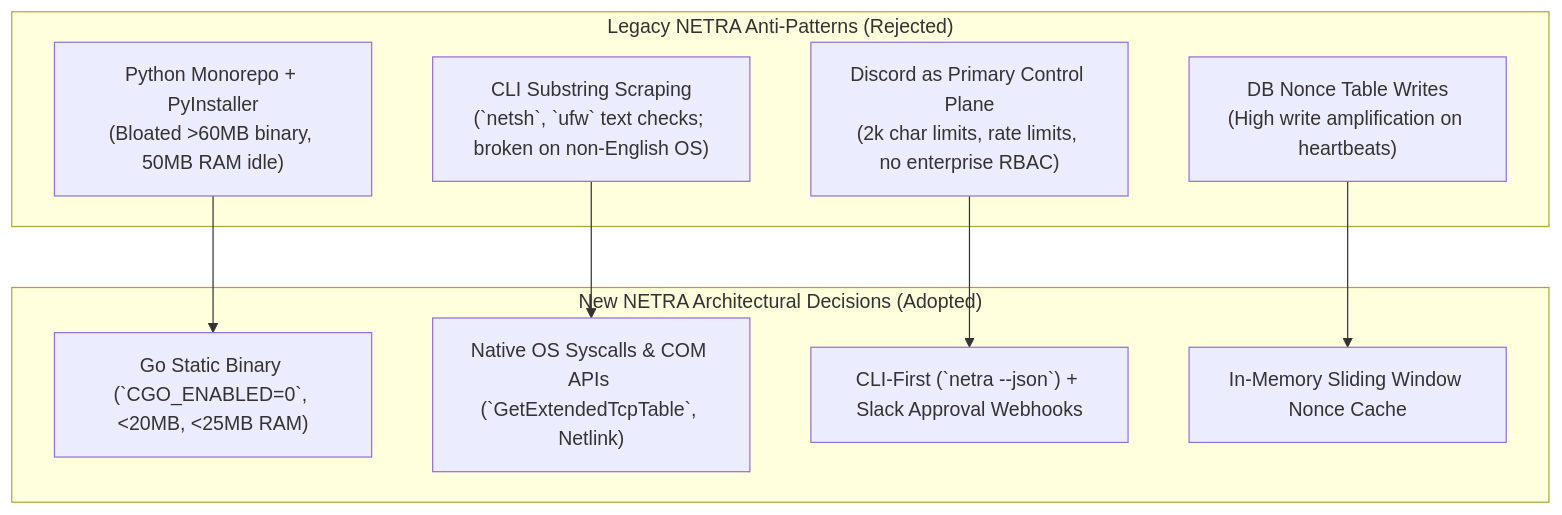
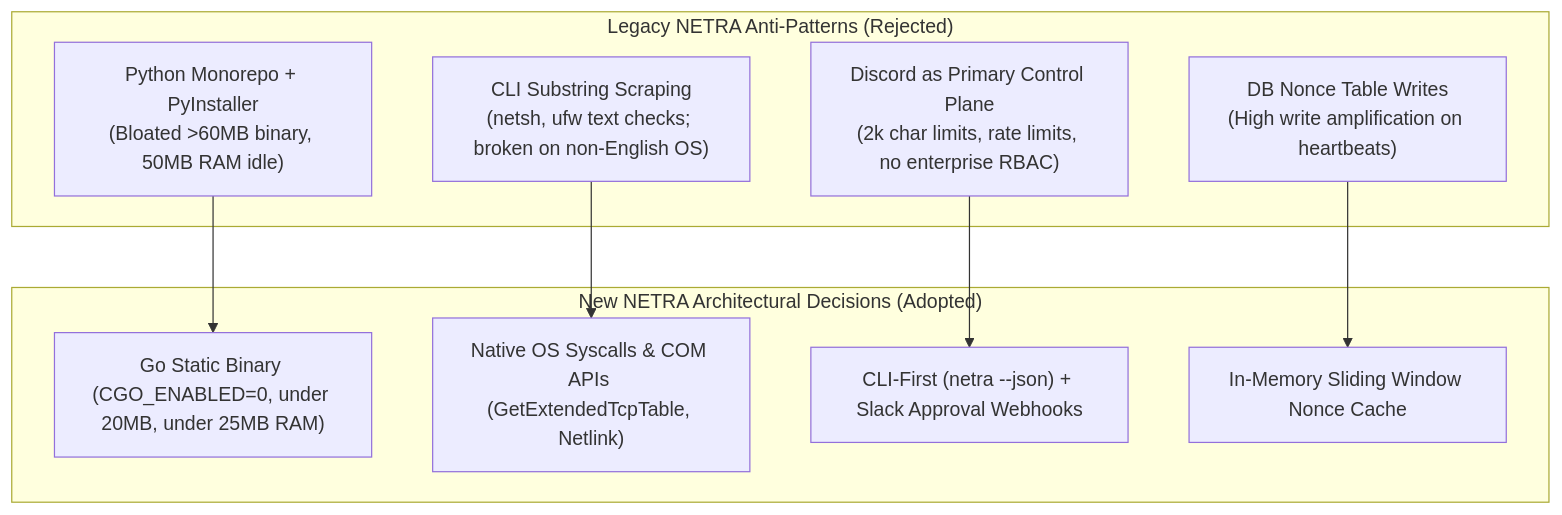
One commit to Subhadip-Paul2006/NETRA-Backend changed the second of 5 diagrams in docs/RESEARCH.md. Above: the diagram before and after it, drawn with Mermaid. The commit also changed other lines of this file and 14 other files, not shown here.

Commit message:
fix(docs): resolve GitHub Mermaid diagram lexical errors and KaTeX math formatting across all specifications

````diff
--- a/docs/RESEARCH.md
+++ b/docs/RESEARCH.md
@@ -91,21 +91,21 @@
 ```mermaid
 flowchart TD
     subgraph LegacyNETRA["Legacy NETRA Anti-Patterns (Rejected)"]
         L1["Python Monorepo + PyInstaller<br/>(Bloated >60MB binary, 50MB RAM idle)"]
-        L2["CLI Substring Scraping<br/>(`netsh`, `ufw` text checks; broken on non-English OS)"]
+        L2["CLI Substring Scraping<br/>(netsh, ufw text checks; broken on non-English OS)"]
         L3["Discord as Primary Control Plane<br/>(2k char limits, rate limits, no enterprise RBAC)"]
         L4["DB Nonce Table Writes<br/>(High write amplification on heartbeats)"]
     end
 
     subgraph Evolution["New NETRA Architectural Decisions (Adopted)"]
-        E1["Go Static Binary (`CGO_ENABLED=0`, <20MB, <25MB RAM)"]
-        E2["Native OS Syscalls & COM APIs (`GetExtendedTcpTable`, Netlink)"]
-        E3["CLI-First (`netra --json`) + Slack Approval Webhooks"]
+        E1["Go Static Binary (CGO_ENABLED=0, under 20MB, under 25MB RAM)"]
+        E2["Native OS Syscalls & COM APIs (GetExtendedTcpTable, Netlink)"]
+        E3["CLI-First (netra --json) + Slack Approval Webhooks"]
         E4["In-Memory Sliding Window Nonce Cache"]
     end
 
     L1 --> E1
     L2 --> E2
     L3 --> E3
     L4 --> E4
 ```
````
